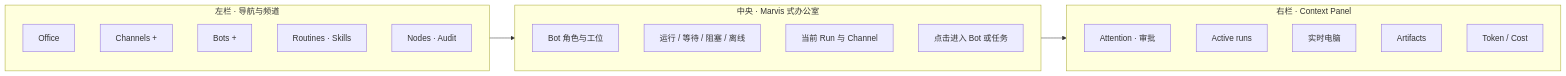
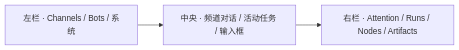
Before and after one commit to yxflc11/openbot: the first of 2 diagrams in docs/INTERFACE.md, drawn with Mermaid. The commit also changed other lines of this file and 35 other files, not shown here.

Commit message:
feat: make channels the primary multi-bot workspace

````diff
--- a/docs/INTERFACE.md
+++ b/docs/INTERFACE.md
@@ -35,27 +24,7 @@
 ```mermaid
 flowchart LR
-    subgraph L["左栏 · 导航与频道"]
-      L1["Office"]
-      L2["Channels +"]
-      L3["Bots +"]
-      L4["Routines · Skills"]
-      L5["Nodes · Audit"]
-    end
-
-    subgraph C["中央 · Marvis 式办公室"]
-      C1["Bot 角色与工位"]
-      C2["运行 / 等待 / 阻塞 / 离线"]
-      C3["当前 Run 与 Channel"]
-      C4["点击进入 Bot 或任务"]
-    end
-
-    subgraph R["右栏 · Context Panel"]
-      R1["Attention · 审批"]
-      R2["Active runs"]
-      R3["实时电脑"]
-      R4["Artifacts"]
-      R5["Token / Cost"]
-    end
-
+    L["左栏 · Channels / Bots / 系统"]
+    C["中央 · 频道对话 / 活动任务 / 输入框"]
+    R["右栏 · Attention / Runs / Nodes / Artifacts"]
     L --> C --> R
 ```
````
